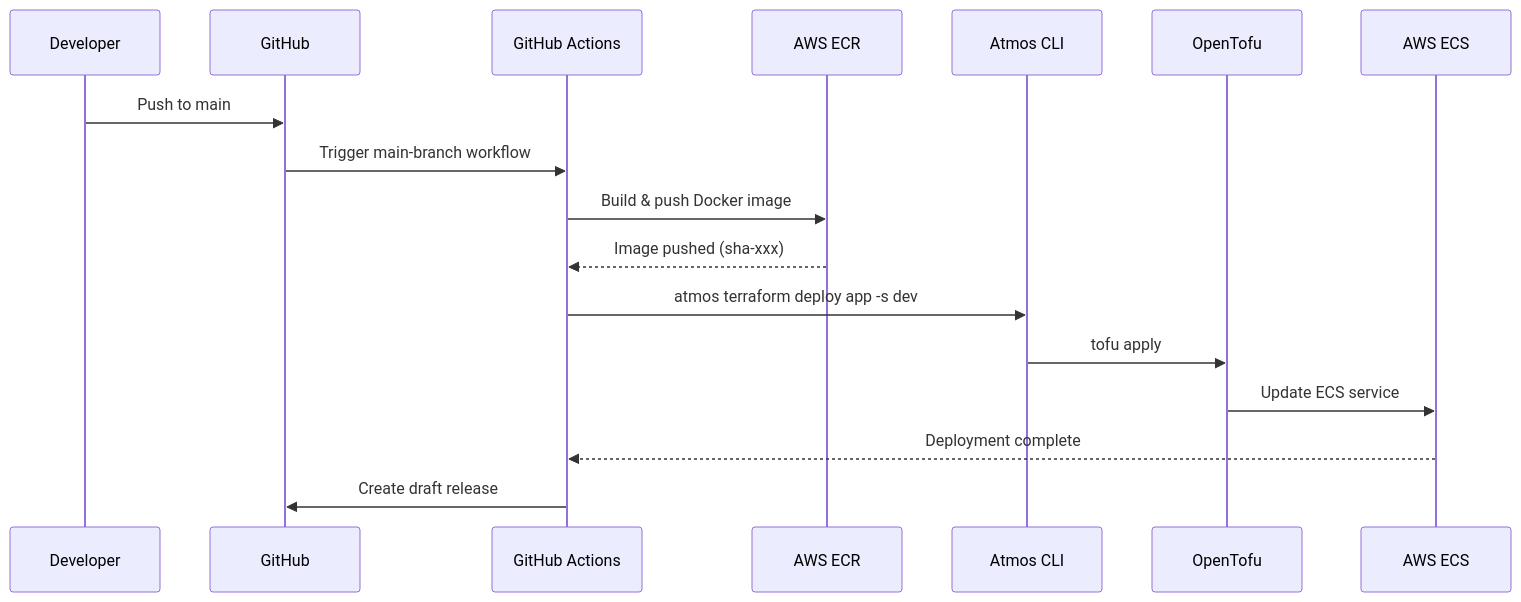
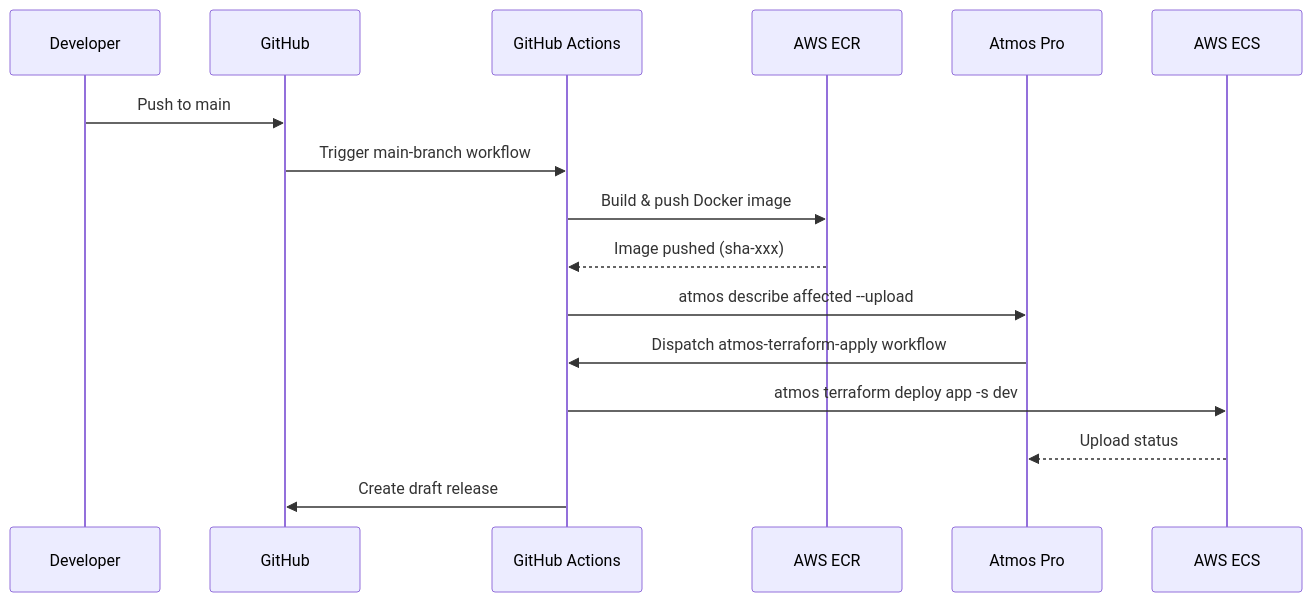
The first of 4 diagrams in .github/workflows/README.md (cloudposse-examples/atmos-pro-with-ecs), drawn with Mermaid before and after one commit. The commit also changed other lines of this file and 15 other files, not shown here.

First line of the commit message:
Add Atmos Pro workflow integration (#1)

````diff
--- a/.github/workflows/README.md
+++ b/.github/workflows/README.md
@@ -16,20 +19,19 @@
 ```mermaid
 sequenceDiagram
     participant Dev as Developer
     participant GH as GitHub
     participant GA as GitHub Actions
     participant ECR as AWS ECR
-    participant Atmos as Atmos CLI
-    participant TF as OpenTofu
+    participant AP as Atmos Pro
     participant ECS as AWS ECS
 
     Dev->>GH: Push to main
     GH->>GA: Trigger main-branch workflow
     GA->>ECR: Build & push Docker image
     ECR-->>GA: Image pushed (sha-xxx)
-    GA->>Atmos: atmos terraform deploy app -s dev
-    Atmos->>TF: tofu apply
-    TF->>ECS: Update ECS service
-    ECS-->>GA: Deployment complete
+    GA->>AP: atmos describe affected --upload
+    AP->>GA: Dispatch atmos-terraform-apply workflow
+    GA->>ECS: atmos terraform deploy app -s dev
+    ECS-->>AP: Upload status
     GA->>GH: Create draft release
 ```
````
